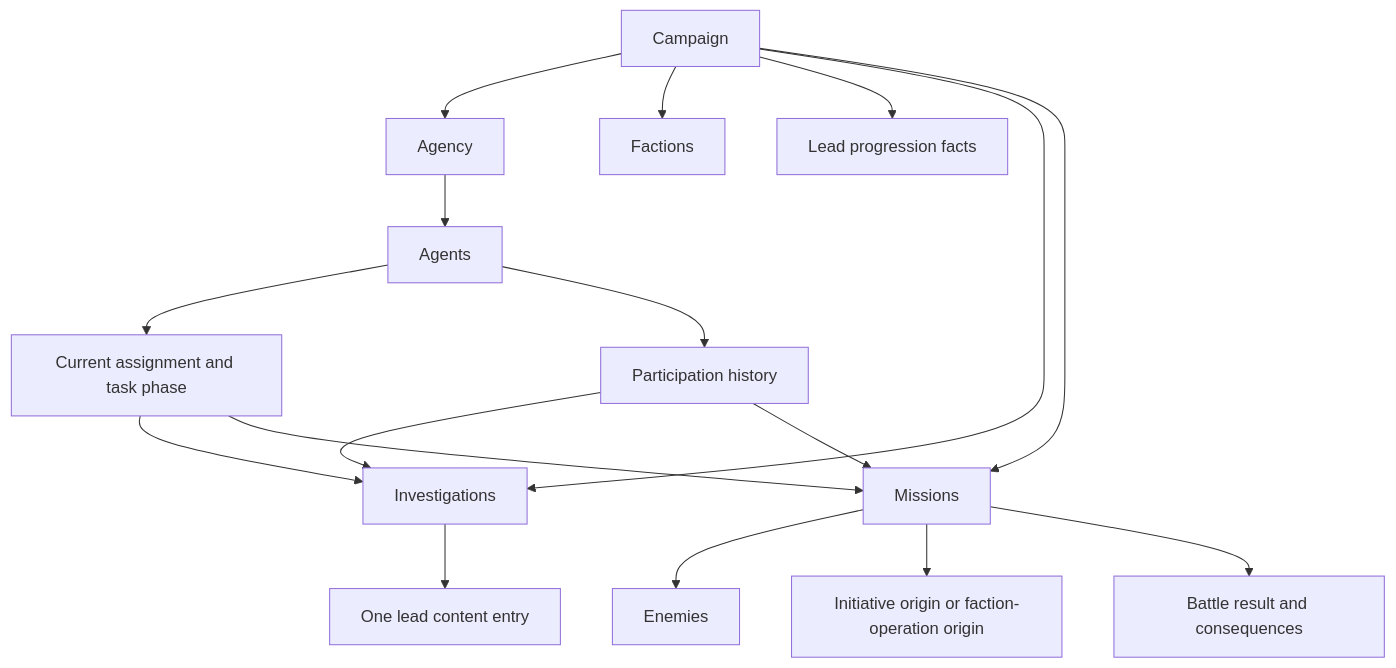
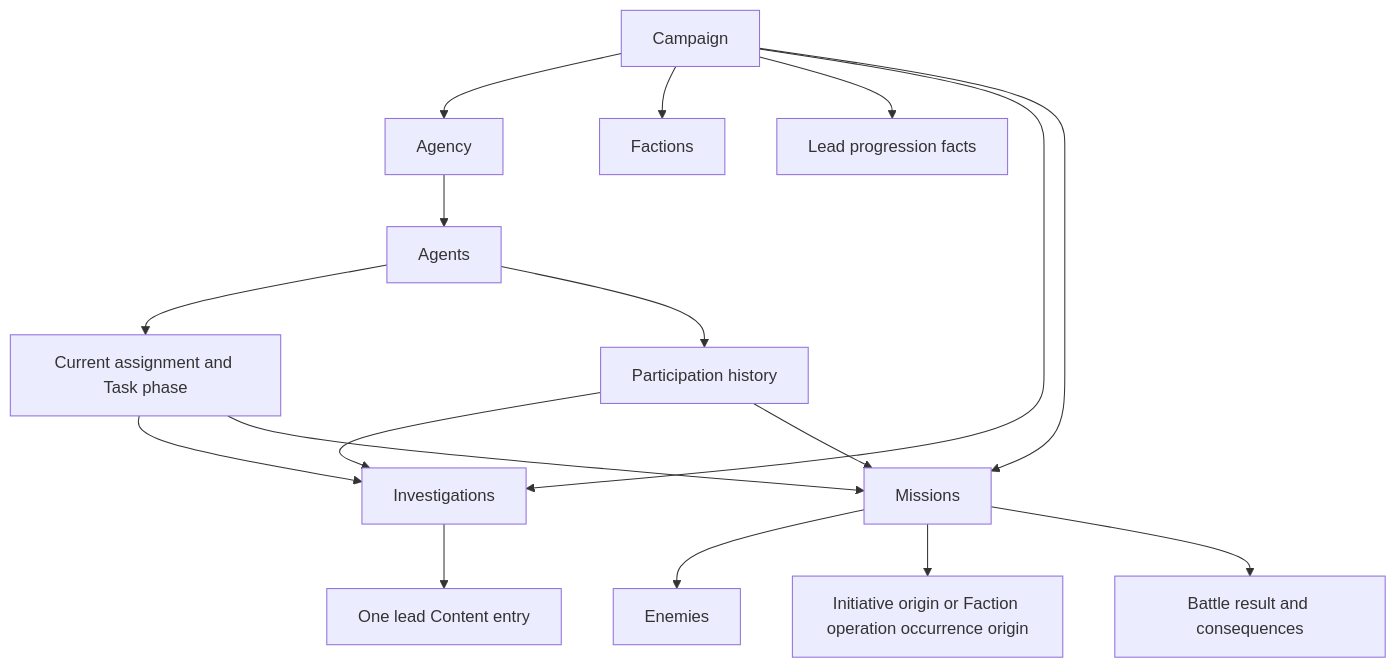
One commit to konrad-jamrozik/game-v5 changed the diagram in docs/specs/foundation/domain-model.md. Above: the diagram before and after it, drawn with Mermaid. The commit also changed other lines of this file and 26 other files, not shown here.

````diff
--- a/docs/specs/foundation/domain-model.md
+++ b/docs/specs/foundation/domain-model.md
@@ -232,19 +238,19 @@
 ```mermaid
 flowchart TD
     Campaign --> Agency
     Agency --> Agents
     Campaign --> Factions
     Campaign --> Progression["Lead progression facts"]
     Campaign --> Investigations
     Campaign --> Missions
-    Investigations --> Lead["One lead content entry"]
-    Agents --> Assignment["Current assignment and task phase"]
+    Investigations --> Lead["One lead Content entry"]
+    Agents --> Assignment["Current assignment and Task phase"]
     Assignment --> Investigations
     Assignment --> Missions
     Agents --> Participation["Participation history"]
     Participation --> Investigations
     Participation --> Missions
     Missions --> Enemies
-    Missions --> Origin["Initiative origin or faction-operation origin"]
+    Missions --> Origin["Initiative origin or Faction operation occurrence origin"]
     Missions --> Result["Battle result and consequences"]
 ```
````
